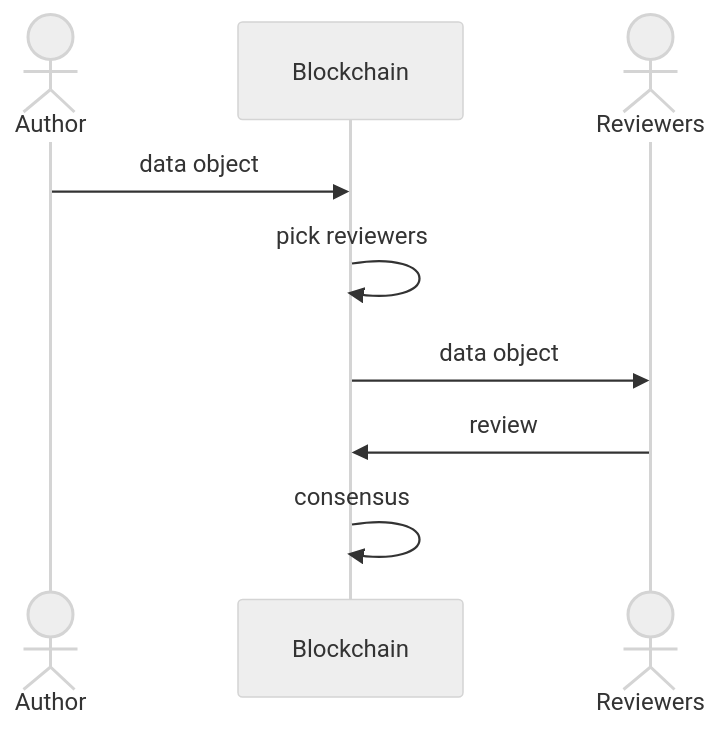
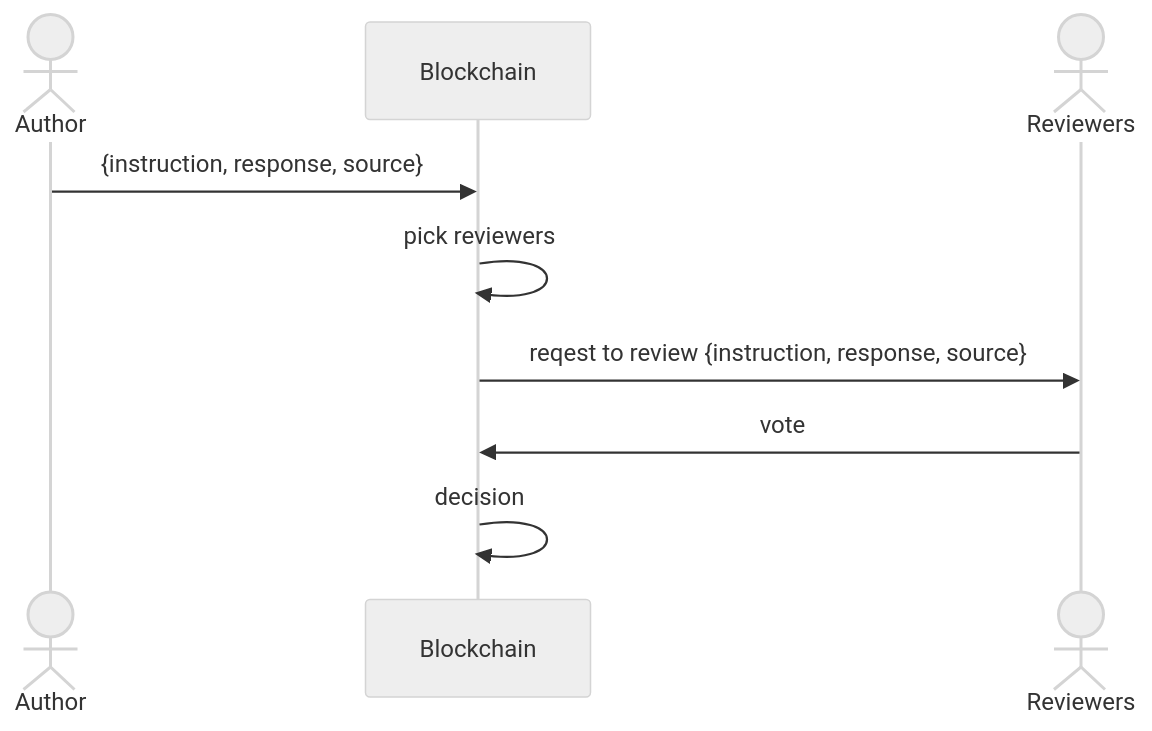
The diagram in visuals/ux.mmd (kirilligum/ethonline2023-goodprompt), drawn with Mermaid (neutral theme) before and after one commit. The commit also changed 1 other file, not shown here.

```diff
--- a/visuals/ux.mmd
+++ b/visuals/ux.mmd
@@ -1,9 +1,9 @@
 sequenceDiagram
   actor a as Author
   participant b as Blockchain
   actor r as Reviewers
-  a ->> b: data object
+  a ->> b: {instruction, response, source}
   b ->> b: pick reviewers
-  b ->> r: data object
-  r ->> b: review
-  b ->> b: consensus
+  b ->> r: reqest to review {instruction, response, source}
+  r ->> b: vote
+  b ->> b: decision
```
